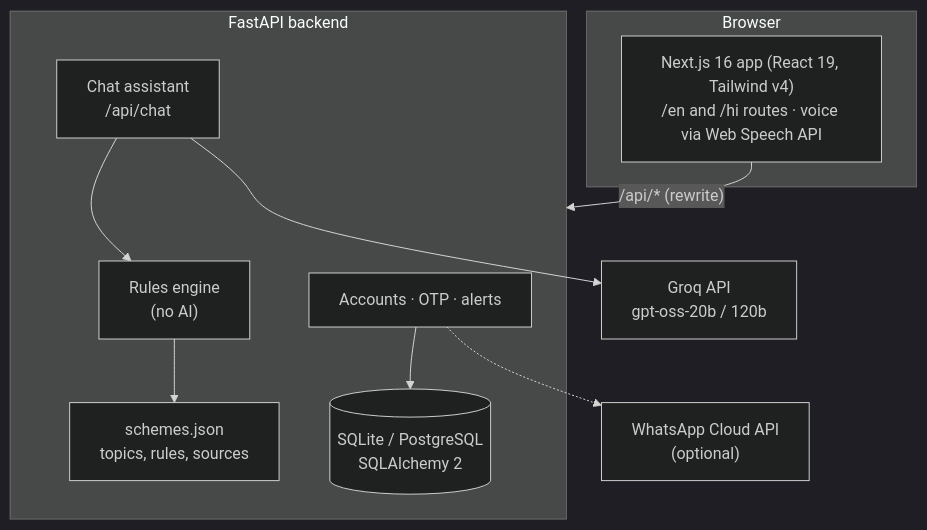
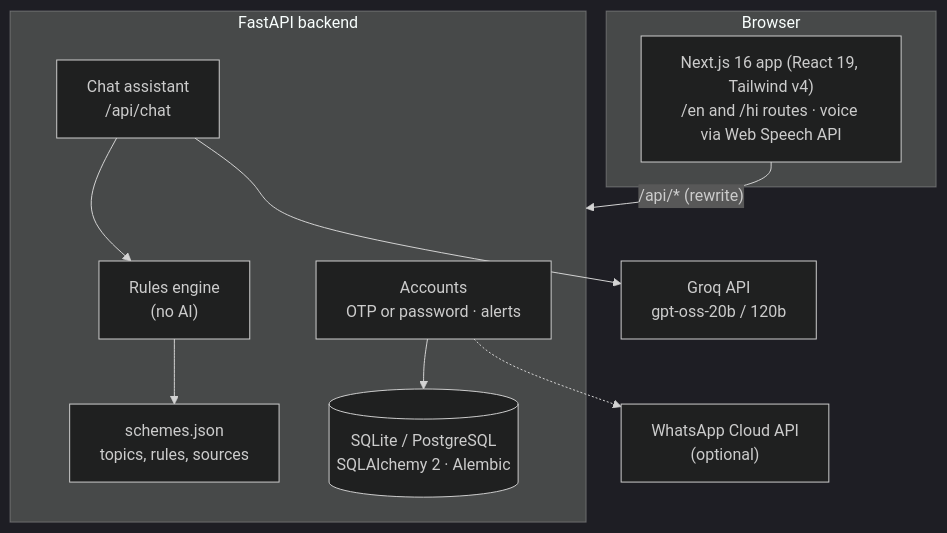
One commit to Hardikk1508/schemesetu changed the second of 2 diagrams in README.md. Above: the diagram before and after it, drawn with Mermaid (dark theme). The commit also changed other lines of this file and 32 other files, not shown here.

First line of the commit message:
Add username/password login, Alembic migrations, and remove duplicate actions

````diff
--- a/README.md
+++ b/README.md
@@ -61,21 +63,21 @@
 ```mermaid
 flowchart TB
     subgraph Browser
         N["Next.js 16 app (React 19, Tailwind v4)<br/>/en and /hi routes · voice via Web Speech API"]
     end
     subgraph API["FastAPI backend"]
         E["Rules engine<br/>(no AI)"]
         A["Chat assistant<br/>/api/chat"]
-        C["Accounts · OTP · alerts"]
-        D[("SQLite / PostgreSQL<br/>SQLAlchemy 2")]
+        C["Accounts<br/>OTP or password · alerts"]
+        D[("SQLite / PostgreSQL<br/>SQLAlchemy 2 · Alembic")]
         J["schemes.json<br/>topics, rules, sources"]
     end
     L["Groq API<br/>gpt-oss-20b / 120b"]
     W["WhatsApp Cloud API<br/>(optional)"]
     N -- "/api/* (rewrite)" --> API
     A --> E
     A --> L
     E --> J
     C --> D
     C -.-> W
 ```
````
